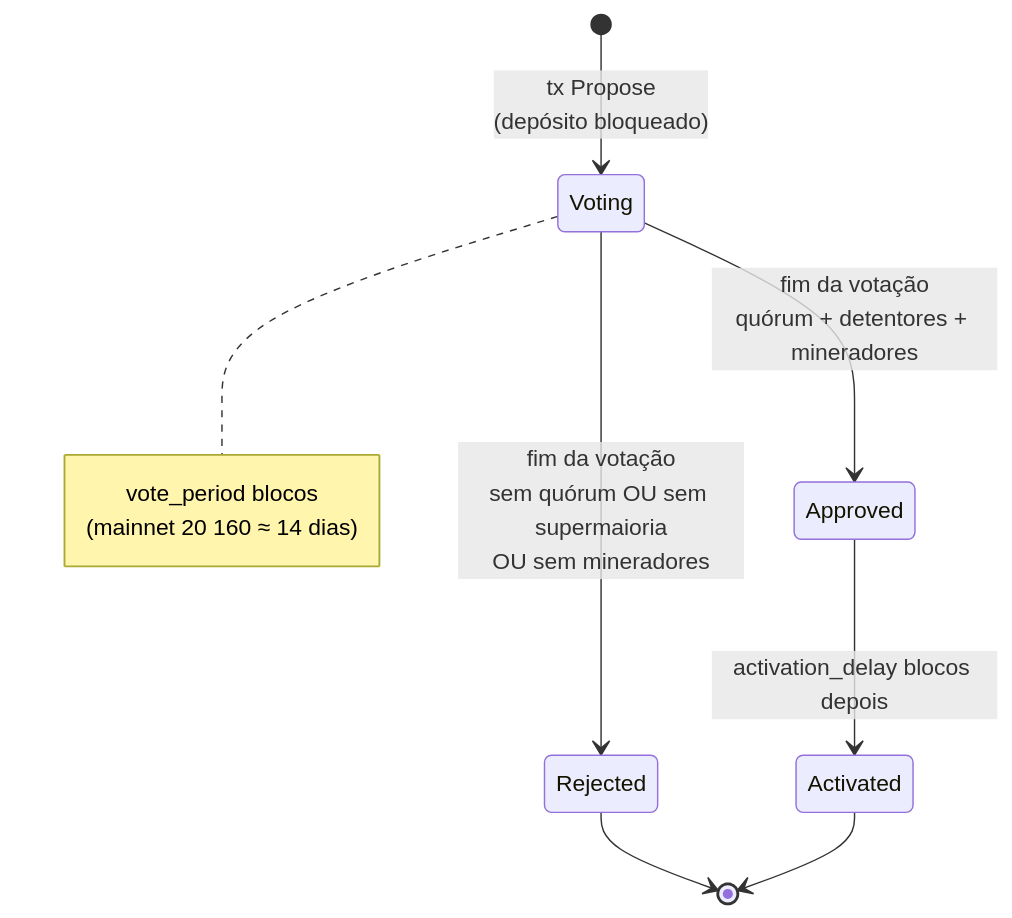
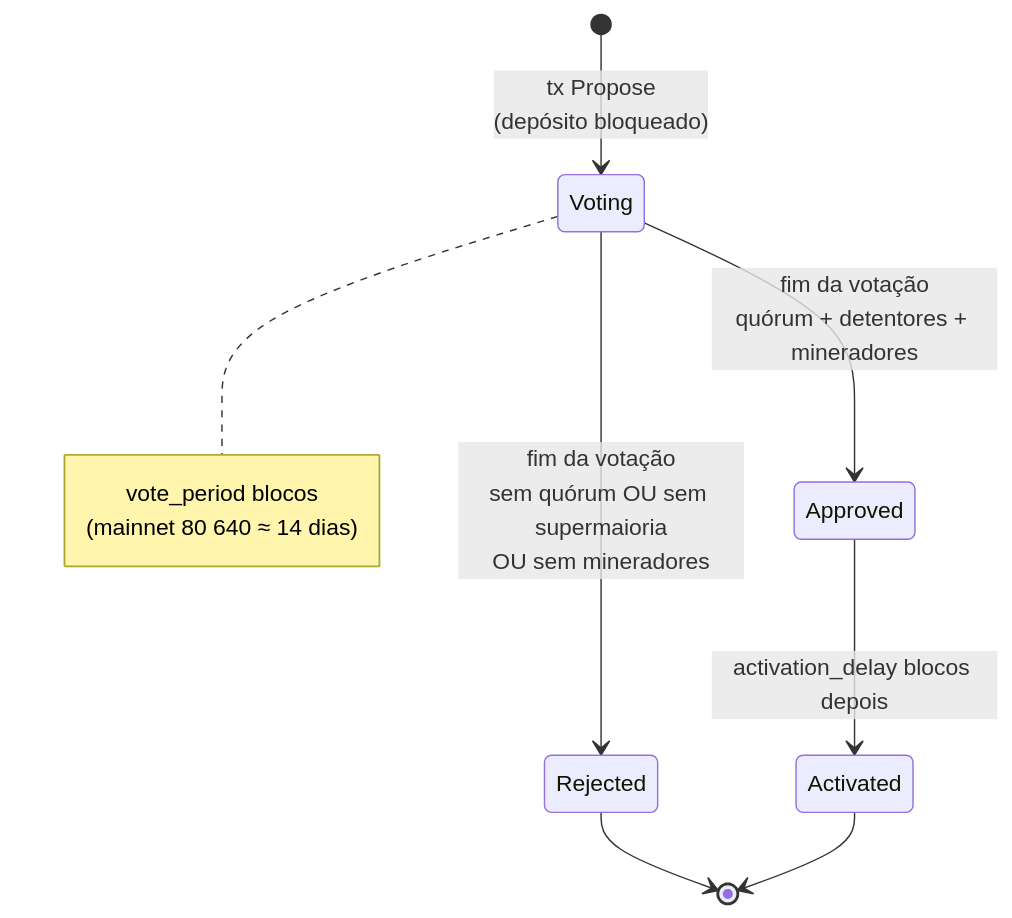
The diagram in docs/GOVERNANCE.md (LucasBolla94/thecoin), drawn with Mermaid before and after one commit. The commit also changed other lines of this file and 7 other files, not shown here.

First line of the commit message:
docs: RandomX, 15 s blocks, uncles, signed finality, pruning and TCCL v2 across the protocol, architecture, operations, P2P, contracts, governance, roadmap and wallet guides

````diff
--- a/docs/GOVERNANCE.md
+++ b/docs/GOVERNANCE.md
@@ -19,13 +19,13 @@
 ```mermaid
 stateDiagram-v2
     [*] --> Voting: tx Propose<br/>(depósito bloqueado)
     Voting --> Rejected: fim da votação<br/>sem quórum OU sem supermaioria<br/>OU sem mineradores
     Voting --> Approved: fim da votação<br/>quórum + detentores + mineradores
     Approved --> Activated: activation_delay blocos depois
     Rejected --> [*]
     Activated --> [*]
     note right of Voting
         vote_period blocos
-        (mainnet 20 160 ≈ 14 dias)
+        (mainnet 80 640 ≈ 14 dias)
     end note
 ```
````
